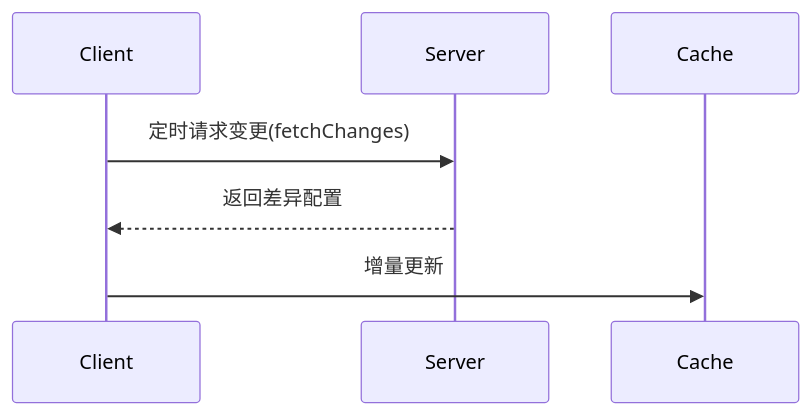
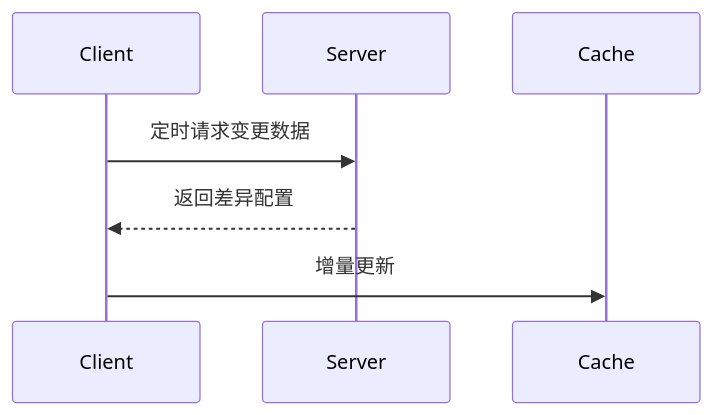
One commit to wang-jianwu/xuantong changed the fourth of 4 diagrams in README.md. Above: the diagram before and after it, drawn with Mermaid. The commit also changed other lines of this file and 105 other files, not shown here.

````diff
--- a/README.md
+++ b/README.md
@@ -71,6 +71,6 @@
 ```mermaid
 sequenceDiagram
-    Client->>Server: 定时请求变更(fetchChanges)
+    Client->>Server: 定时请求变更数据
     Server-->>Client: 返回差异配置
     Client->>Cache: 增量更新
 ```
````
